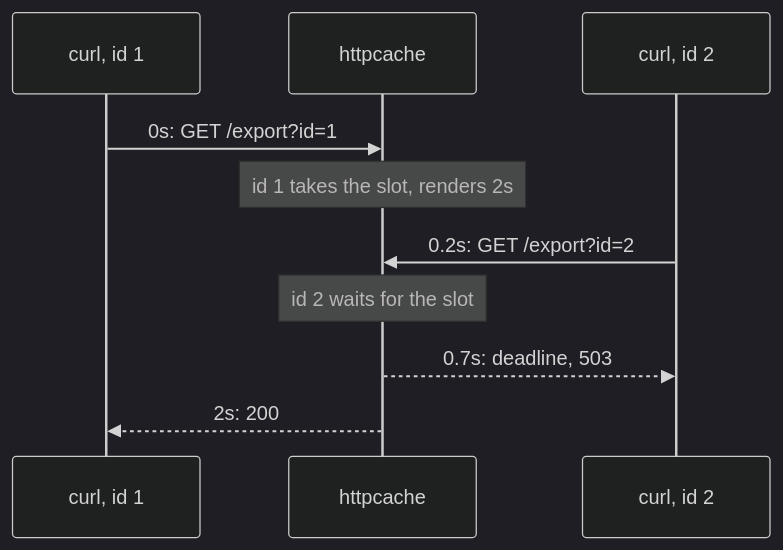
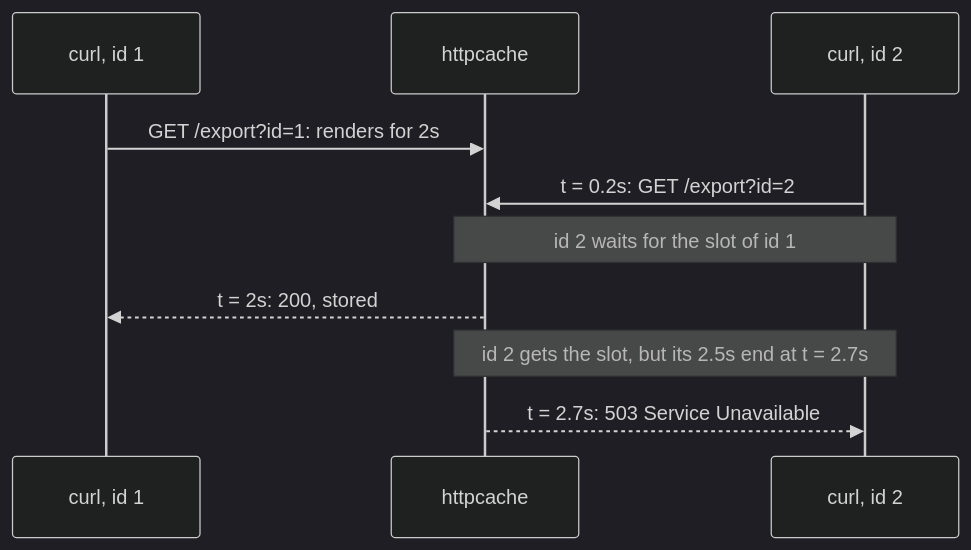
One commit to eugeneliukindev/gashe changed the second of 2 diagrams in docs/en/concepts/httpcache.md. Above: the diagram before and after it, drawn with Mermaid (dark theme). The commit also changed other lines of this file and 195 other files, not shown here.

````diff
--- a/docs/en/concepts/httpcache.md
+++ b/docs/en/concepts/httpcache.md
@@ -234,12 +269,12 @@
 ```mermaid
 sequenceDiagram
     participant C1 as curl, id 1
     participant H as httpcache
     participant C2 as curl, id 2
-    C1->>H: 0s: GET /export?id=1
-    Note over H: id 1 takes the slot, renders 2s
-    C2->>H: 0.2s: GET /export?id=2
-    Note over H: id 2 waits for the slot
-    H-->>C2: 0.7s: deadline, 503
-    H-->>C1: 2s: 200
+    C1->>H: GET /export?id=1: renders for 2s
+    C2->>H: t = 0.2s: GET /export?id=2
+    Note over H,C2: id 2 waits for the slot of id 1
+    H-->>C1: t = 2s: 200, stored
+    Note over H,C2: id 2 gets the slot, but its 2.5s end at t = 2.7s
+    H-->>C2: t = 2.7s: 503 Service Unavailable
 ```
````
